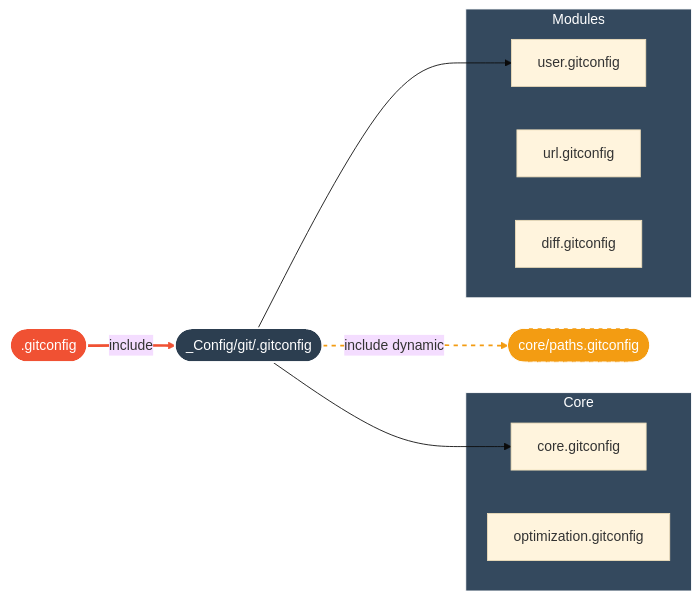
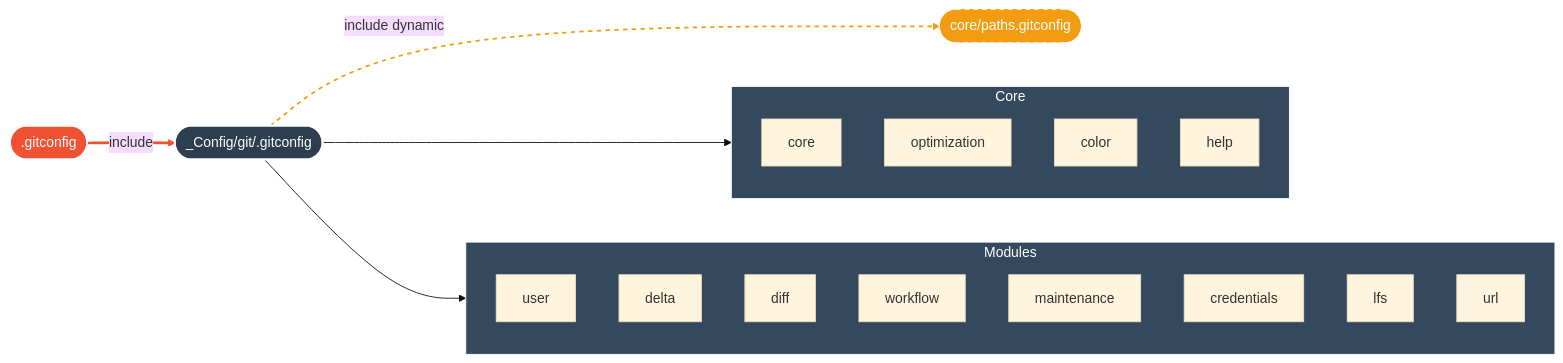
The diagram in README.md (yanix2445/git-config-ultimate), drawn with Mermaid (base theme) before and after one commit.

Commit message:
docs(readme): Diagramme d'architecture exhaustif (tous les modules)

````diff
--- a/README.md
+++ b/README.md
@@ -53,33 +53,41 @@
 ```mermaid
 flowchart LR
     Home([".gitconfig"])
     Root(["_Config/git/.gitconfig"])
     Local(["core/paths.gitconfig"])
     
     subgraph Core
-        System["core.gitconfig"]
-        Optim["optimization.gitconfig"]
+        System["core"]
+        Optim["optimization"]
+        Color["color"]
+        Help["help"]
     end
     
     subgraph Modules
-        User["user.gitconfig"]
-        Url["url.gitconfig"]
-        Diff["diff.gitconfig"]
+        User["user"]
+        Delta["delta"]
+        Diff["diff"]
+        Workflow["workflow"]
+        Maint["maintenance"]
+        Creds["credentials"]
+        LFS["lfs"]
+        Url["url"]
     end
 
     %% Flow
     Home ==>| include | Root
-    Root --> System
-    Root --> User
     Root -.->| include dynamic | Local
+    
+    Root --> Core
+    Root --> Modules
     
     %% Styles
     style Home fill:#f05133,stroke:#fff,color:#fff,stroke-width:2px
     style Root fill:#2c3e50,stroke:#fff,color:#fff,stroke-width:2px
     style Core fill:#34495e,stroke:#fff,color:#fff,stroke-width:1px
     style Modules fill:#34495e,stroke:#fff,color:#fff,stroke-width:1px
     style Local fill:#f39c12,stroke:#fff,color:#fff,stroke-width:1px,stroke-dasharray: 5 5
 
     linkStyle 0 stroke:#f05133,stroke-width:3px
-    linkStyle 3 stroke:#f39c12,stroke-width:2px,stroke-dasharray: 5 5
+    linkStyle 1 stroke:#f39c12,stroke-width:2px,stroke-dasharray: 5 5
 ```
````
